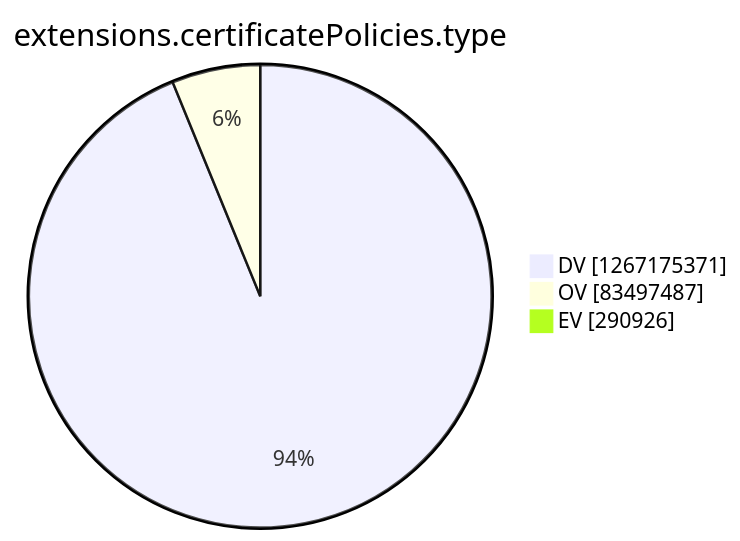
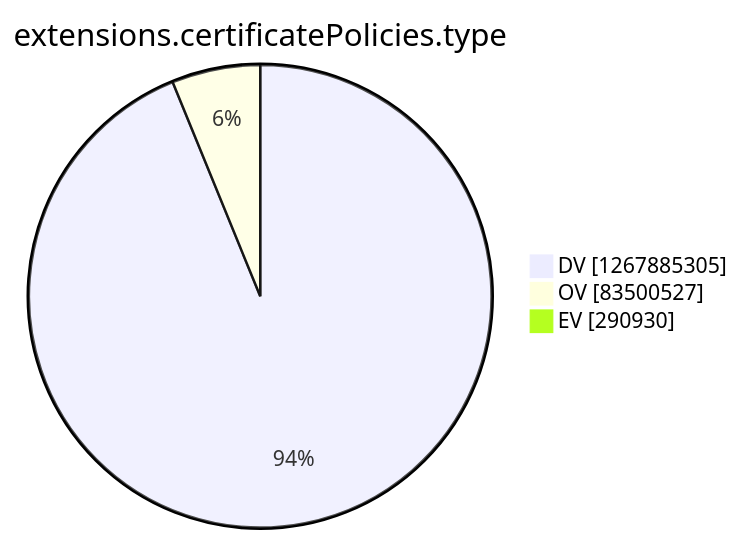
The tenth of 15 diagrams in argon2022/README.md (christiankrug/ctmonitor_visualization), drawn with Mermaid before and after one commit. The commit also changed other lines of this file, not shown here.

````diff
--- a/argon2022/README.md
+++ b/argon2022/README.md
@@ -2771,7 +2771,7 @@
 ```mermaid
 pie showData
 title extensions.certificatePolicies.type
-"DV" :1267175371
-"OV" :83497487
-"EV" :290926
+"DV" :1267885305
+"OV" :83500527
+"EV" :290930
 ```
````
